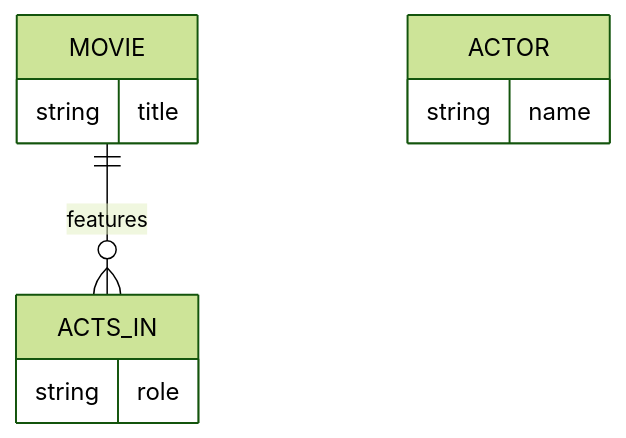
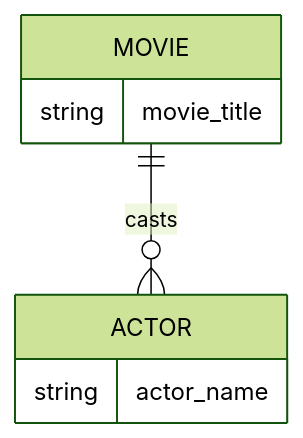
Before and after one commit to DagimAlemayehuu/Ater: the diagram in Obsidian_Vault/2-Academic/Autumn 2025/Database_Systems/3_Relational_Model_And_Database_Design/Multiplicity.md, drawn with Mermaid (forest theme). The commit also changed other lines of this file and 41 other files, not shown here.

````diff
--- a/Obsidian_Vault/2-Academic/Autumn 2025/Database_Systems/3_Relational_Model_And_Database_Design/Multiplicity.md
+++ b/Obsidian_Vault/2-Academic/Autumn 2025/Database_Systems/3_Relational_Model_And_Database_Design/Multiplicity.md
@@ -36,13 +36,10 @@
 ```mermaid
 erDiagram
-    MOVIE ||--o{ ACTS_IN : features
+    MOVIE ||--o{ ACTOR : "casts"
     MOVIE {
-        string title
+        string movie_title
     }
     ACTOR {
-        string name
-    }
-    ACTS_IN {
-        string role
+        string actor_name
     }
 ```
````
